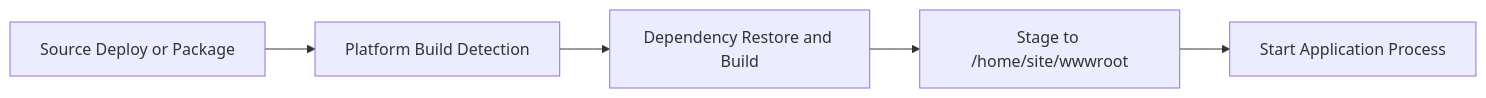
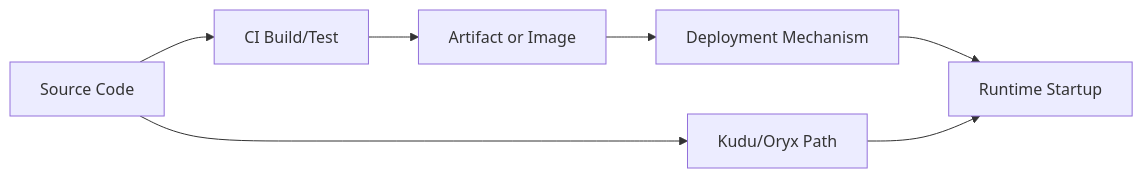
The fifth of 8 diagrams in docs/platform/how-app-service-works.md (yeongseon/azure-app-service-practical-guide), drawn with Mermaid before and after one commit. The commit also changed other lines of this file, not shown here.

First line of the commit message:
docs: rewrite how-app-service-works.md based on expert review

````diff
--- a/docs/platform/how-app-service-works.md
+++ b/docs/platform/how-app-service-works.md
@@ -71,7 +336,10 @@
 ```mermaid
 flowchart LR
-    Source[Source Deploy or Package] --> Detect[Platform Build Detection]
-    Detect --> Build[Dependency Restore and Build]
-    Build --> Stage[Stage to /home/site/wwwroot]
-    Stage --> Start[Start Application Process]
+    SRC[Source Code] --> CI[CI Build/Test]
+    CI --> ART[Artifact or Image]
+    ART --> DEPLOY[Deployment Mechanism]
+    DEPLOY --> APP[Runtime Startup]
+
+    SRC --> KUDUDEPLOY[Kudu/Oryx Path]
+    KUDUDEPLOY --> APP
 ```
````
